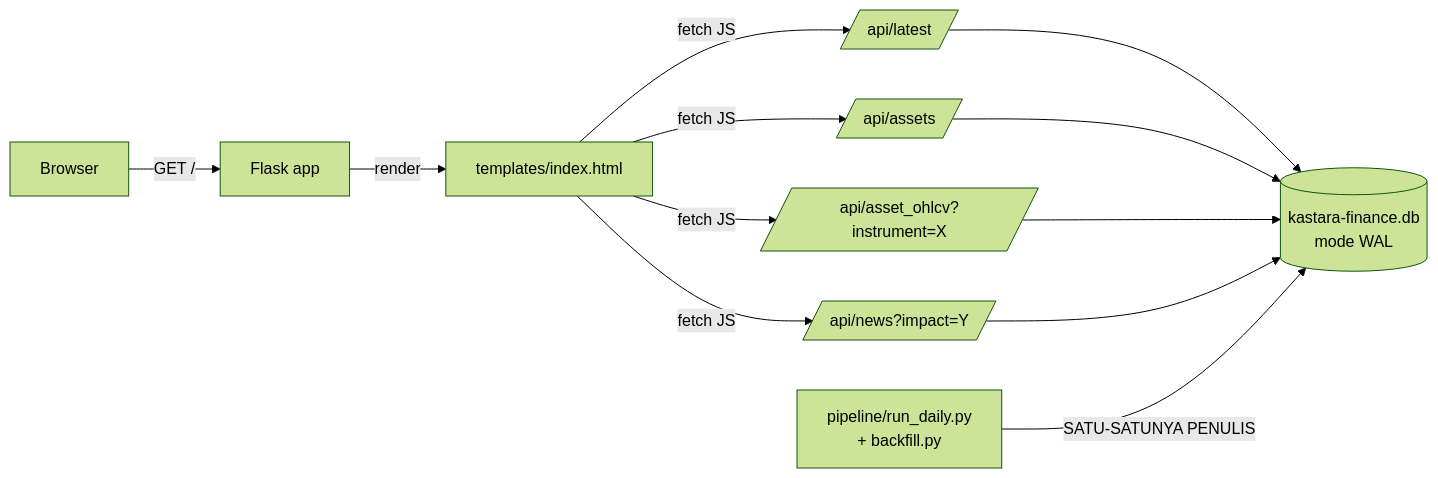
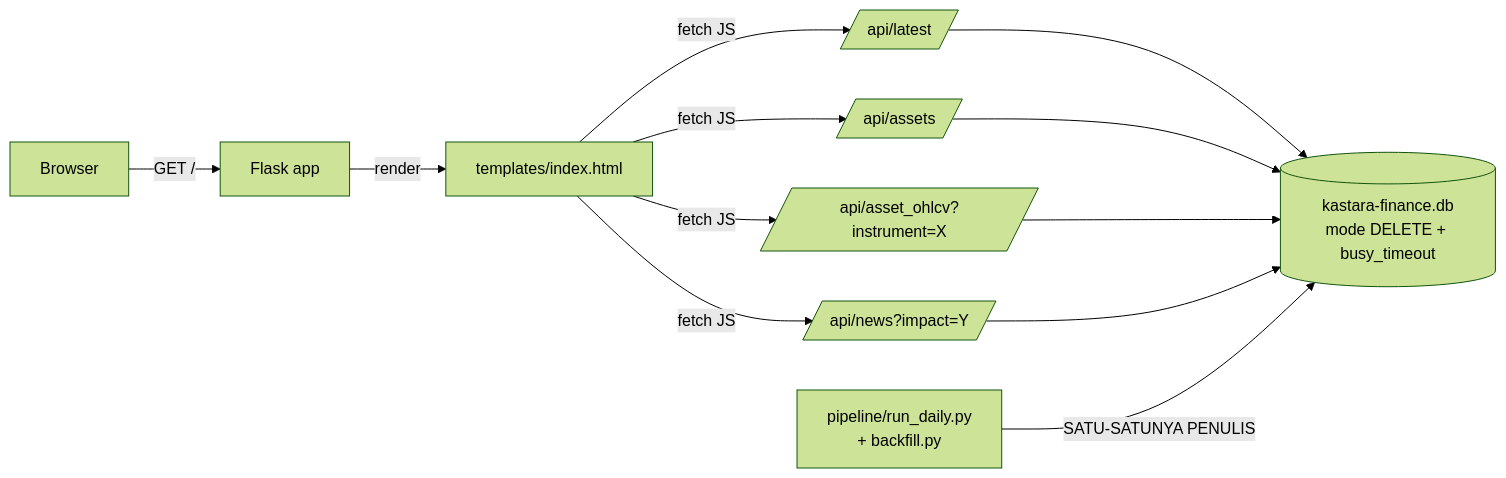
Before and after one commit to pworld/kastara-finance: the third of 4 diagrams in docs/FLOW.md, drawn with Mermaid (forest theme). The commit also changed other lines of this file and 7 other files, not shown here.

````diff
--- a/docs/FLOW.md
+++ b/docs/FLOW.md
@@ -112,16 +112,16 @@
 ```mermaid
 flowchart LR
     Browser -->|GET /| Flask[Flask app]
     Flask -->|render| HTML[templates/index.html]
     HTML -->|fetch JS| API1[/api/latest/]
     HTML -->|fetch JS| API2[/api/assets/]
     HTML -->|fetch JS| API3[/api/asset_ohlcv?instrument=X/]
     HTML -->|fetch JS| API4[/api/news?impact=Y/]
 
-    API1 --> DB[(kastara-finance.db\nmode WAL)]
+    API1 --> DB[(kastara-finance.db\nmode DELETE + busy_timeout)]
     API2 --> DB
     API3 --> DB
     API4 --> DB
 
     Pipeline[pipeline/run_daily.py\n+ backfill.py] -->|SATU-SATUNYA PENULIS| DB
 ```
````
